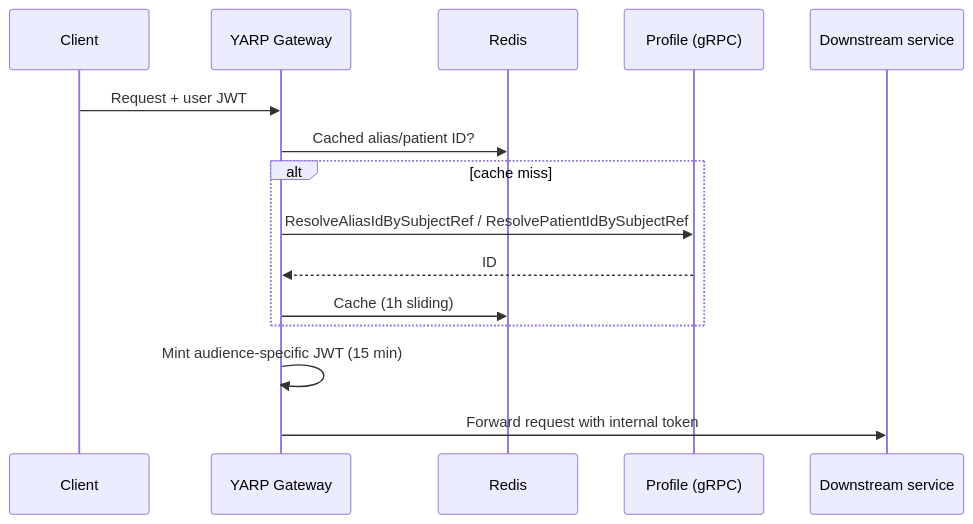
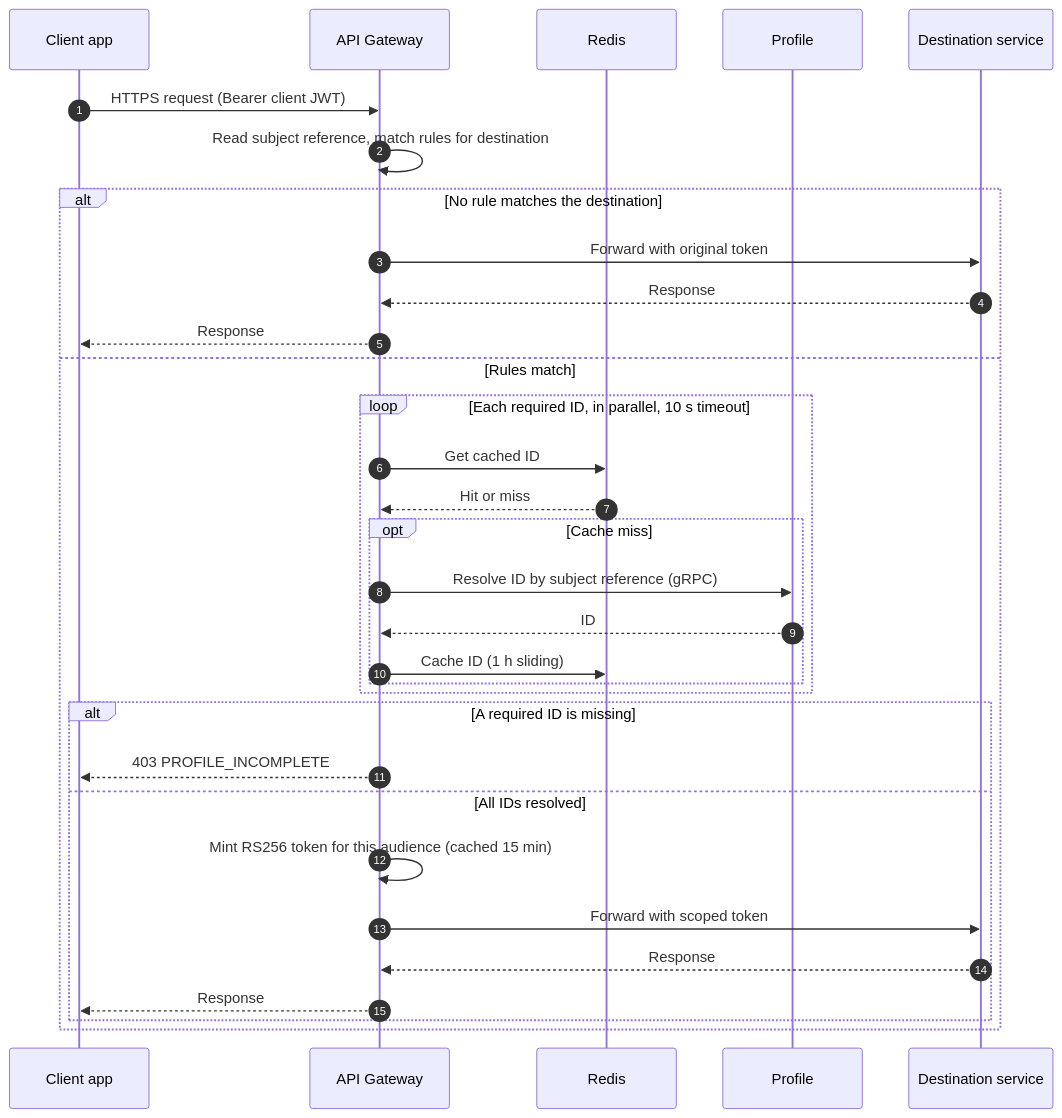
One commit to anht04/psychology-support-microservices changed the third of 6 diagrams in README.md. Above: the diagram before and after it, drawn with Mermaid. The commit also changed other lines of this file, not shown here.

````diff
--- a/README.md
+++ b/README.md
@@ -133,17 +175,35 @@
 ```mermaid
 sequenceDiagram
-    participant C as Client
-    participant G as YARP Gateway
+    autonumber
+    participant App as Client app
+    participant GW as API Gateway
     participant R as Redis
-    participant P as Profile (gRPC)
-    participant S as Downstream service
-    C->>G: Request + user JWT
-    G->>R: Cached alias/patient ID?
-    alt cache miss
-        G->>P: ResolveAliasIdBySubjectRef / ResolvePatientIdBySubjectRef
-        P-->>G: ID
-        G->>R: Cache (1h sliding)
+    participant P as Profile
+    participant S as Destination service
+
+    App->>GW: HTTPS request (Bearer client JWT)
+    GW->>GW: Read subject reference, match rules for destination
+    alt No rule matches the destination
+        GW->>S: Forward with original token
+        S-->>GW: Response
+        GW-->>App: Response
+    else Rules match
+        loop Each required ID, in parallel, 10 s timeout
+            GW->>R: Get cached ID
+            R-->>GW: Hit or miss
+            opt Cache miss
+                GW->>P: Resolve ID by subject reference (gRPC)
+                P-->>GW: ID
+                GW->>R: Cache ID (1 h sliding)
+            end
+        end
+        alt A required ID is missing
+            GW-->>App: 403 PROFILE_INCOMPLETE
+        else All IDs resolved
+            GW->>GW: Mint RS256 token for this audience (cached 15 min)
+            GW->>S: Forward with scoped token
+            S-->>GW: Response
+            GW-->>App: Response
+        end
     end
-    G->>G: Mint audience-specific JWT (15 min)
-    G->>S: Forward request with internal token
 ```
````
